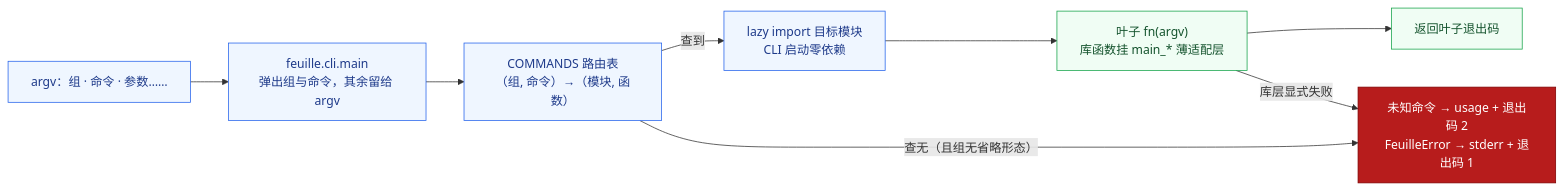
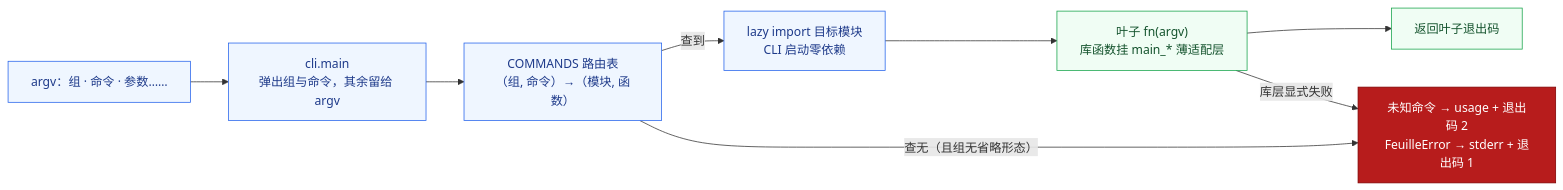
One commit to feuyeux/explorateur changed the fifth of 6 diagrams in usine/docs/architecture.md. Above: the diagram before and after it, drawn with Mermaid. The commit also changed other lines of this file and 94 other files, not shown here.

````diff
--- a/usine/docs/architecture.md
+++ b/usine/docs/architecture.md
@@ -318,26 +307,26 @@
 ```mermaid
 flowchart LR
     IN["argv：组 · 命令 · 参数……"]
-    MAIN["feuille.cli.main<br/>弹出组与命令，其余留给 argv"]
+    MAIN["cli.main<br/>弹出组与命令，其余留给 argv"]
     TBL["COMMANDS 路由表<br/>（组, 命令）→（模块, 函数）"]
     LAZY["lazy import 目标模块<br/>CLI 启动零依赖"]
     LEAF["叶子 fn(argv)<br/>库函数挂 main_* 薄适配层"]
     OK["返回叶子退出码"]
     BAD["未知命令 → usage + 退出码 2<br/>FeuilleError → stderr + 退出码 1"]
 
     IN --> MAIN
     MAIN --> TBL
     TBL -->|"查到"| LAZY
     TBL -->|"查无（且组无省略形态）"| BAD
     LAZY --> LEAF
     LEAF --> OK
     LEAF -->|"库层显式失败"| BAD
 
     classDef ctrl fill:#eff6ff,stroke:#2563eb,color:#1e3a8a
     classDef host fill:#f0fdf4,stroke:#16a34a,color:#14532d
     classDef blocked fill:#b71c1c,stroke:#7f0000,color:#ffffff
     classDef neutral fill:#f8fafc,stroke:#334155,color:#0f172a
     class IN,MAIN,TBL,LAZY ctrl
     class LEAF,OK host
     class BAD blocked
 ```
````
